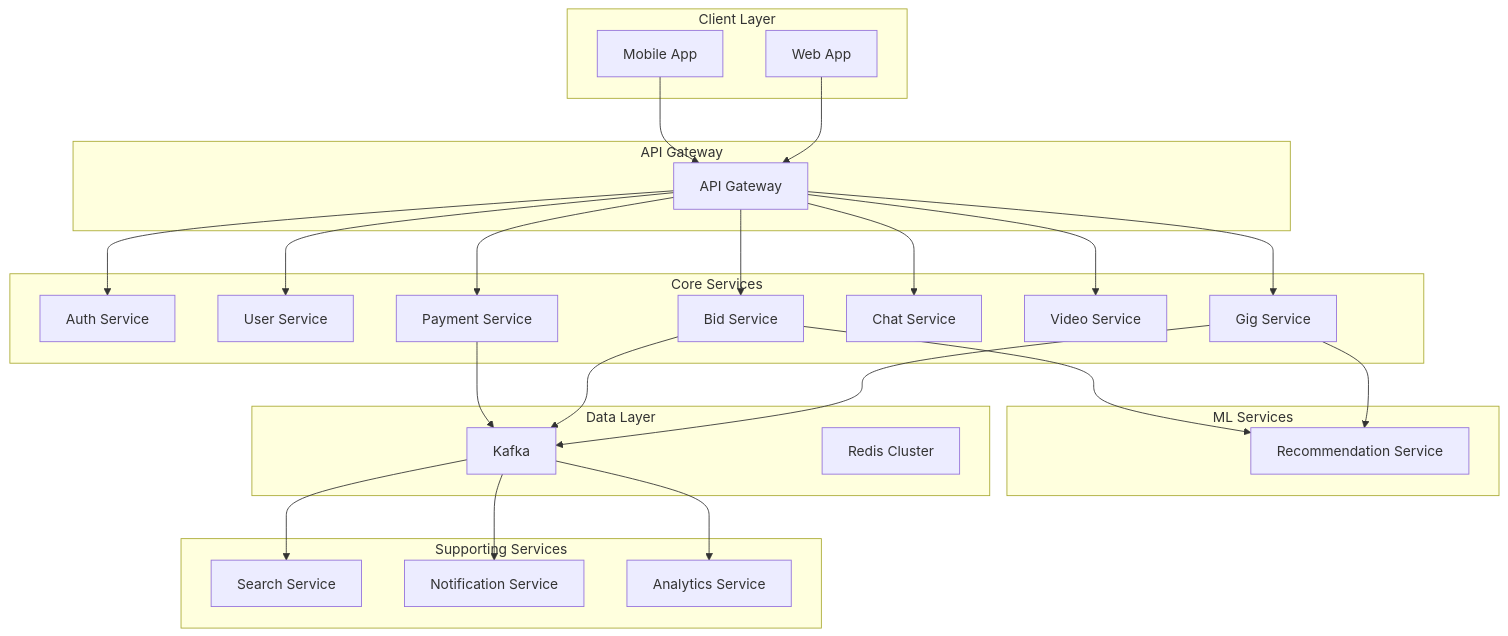
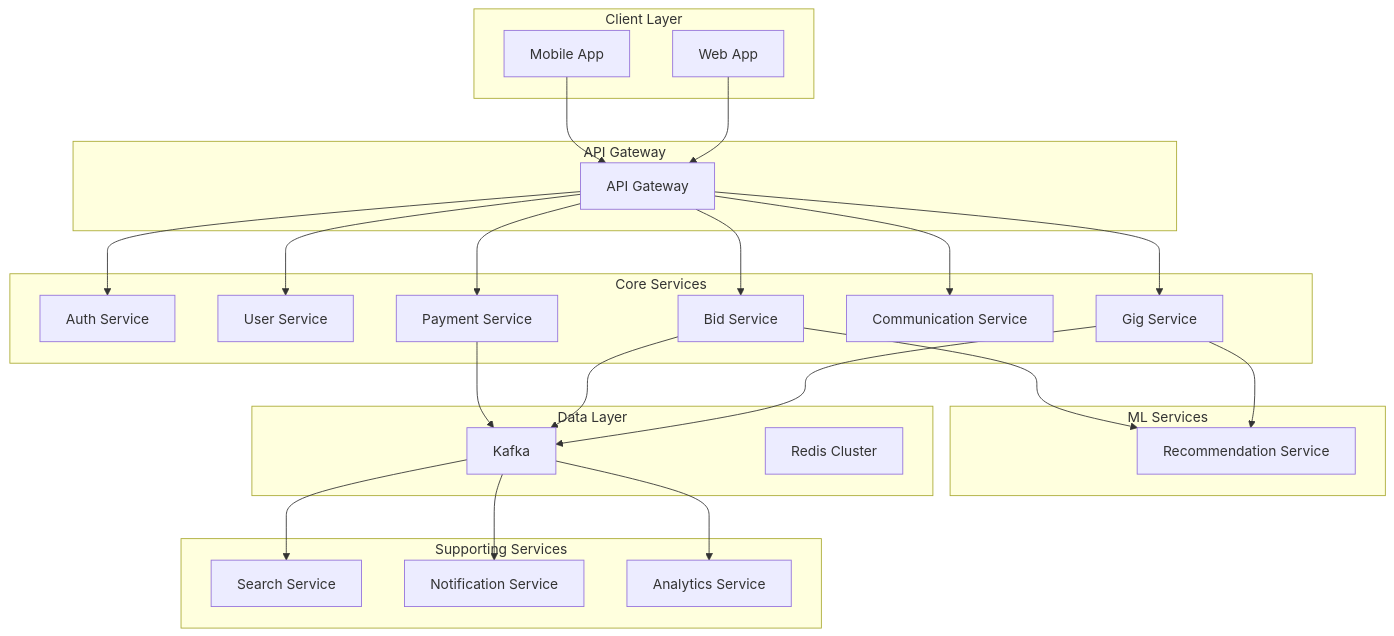
One commit to yashodaadarsh/GigFlow changed the first of 14 diagrams in gigflow-architecture.md. Above: the diagram before and after it, drawn with Mermaid. The commit also changed other lines of this file and 35 other files, not shown here.

````diff
--- a/gigflow-architecture.md
+++ b/gigflow-architecture.md
@@ -57,57 +56,55 @@
 ```mermaid
 graph TB
     subgraph Client Layer
         Web[Web App]
         Mobile[Mobile App]
     end
     
     subgraph API Gateway
         Gateway[API Gateway]
     end
     
     subgraph Core Services
         Auth[Auth Service]
         User[User Service]
         Gig[Gig Service]
         Bid[Bid Service]
-        Chat[Chat Service]
-        Video[Video Service]
+        Communication[Communication Service]
         Payment[Payment Service]
     end
     
     subgraph ML Services
         RecSys[Recommendation Service]
     end
     
     subgraph Supporting Services
         Search[Search Service]
         Notif[Notification Service]
         Analytics[Analytics Service]
     end
     
     subgraph Data Layer
         Kafka[Kafka]
         Redis[Redis Cluster]
     end
     
     Web --> Gateway
     Mobile --> Gateway
     Gateway --> Auth
     Gateway --> User
     Gateway --> Gig
     Gateway --> Bid
-    Gateway --> Chat
-    Gateway --> Video
+    Gateway --> Communication
     Gateway --> Payment
     
     Gig --> Kafka
     Bid --> Kafka
     Payment --> Kafka
     
     Kafka --> Search
     Kafka --> Notif
     Kafka --> Analytics
     
     Gig --> RecSys
     Bid --> RecSys
 ```
````
